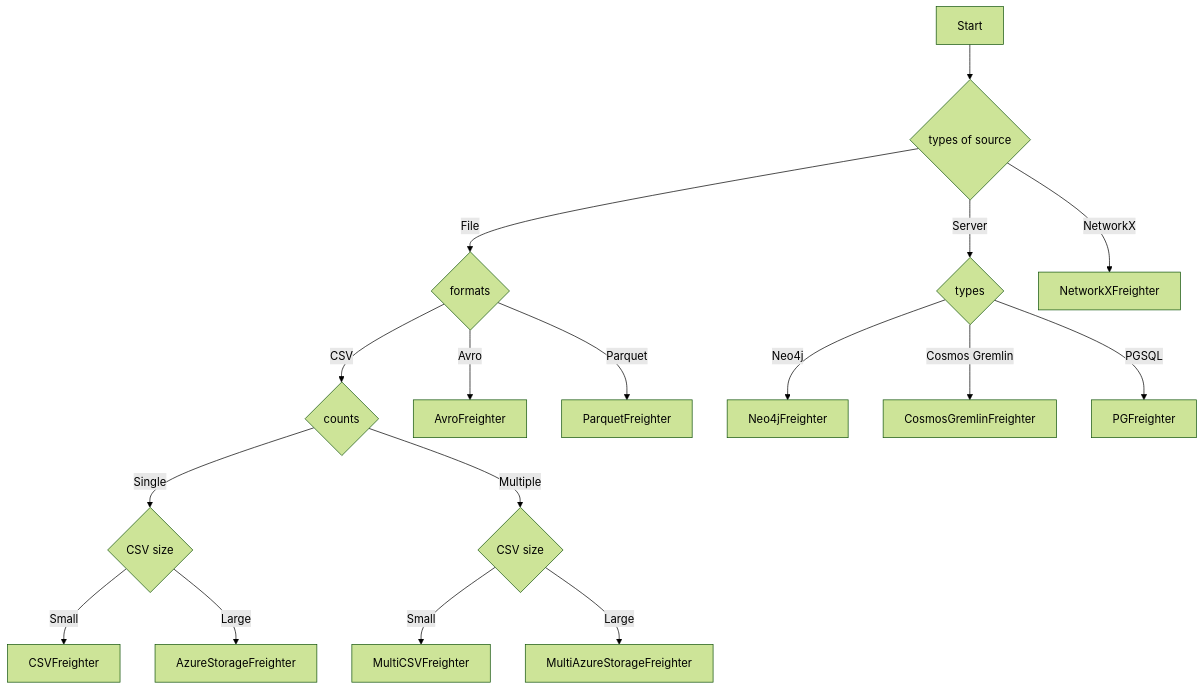
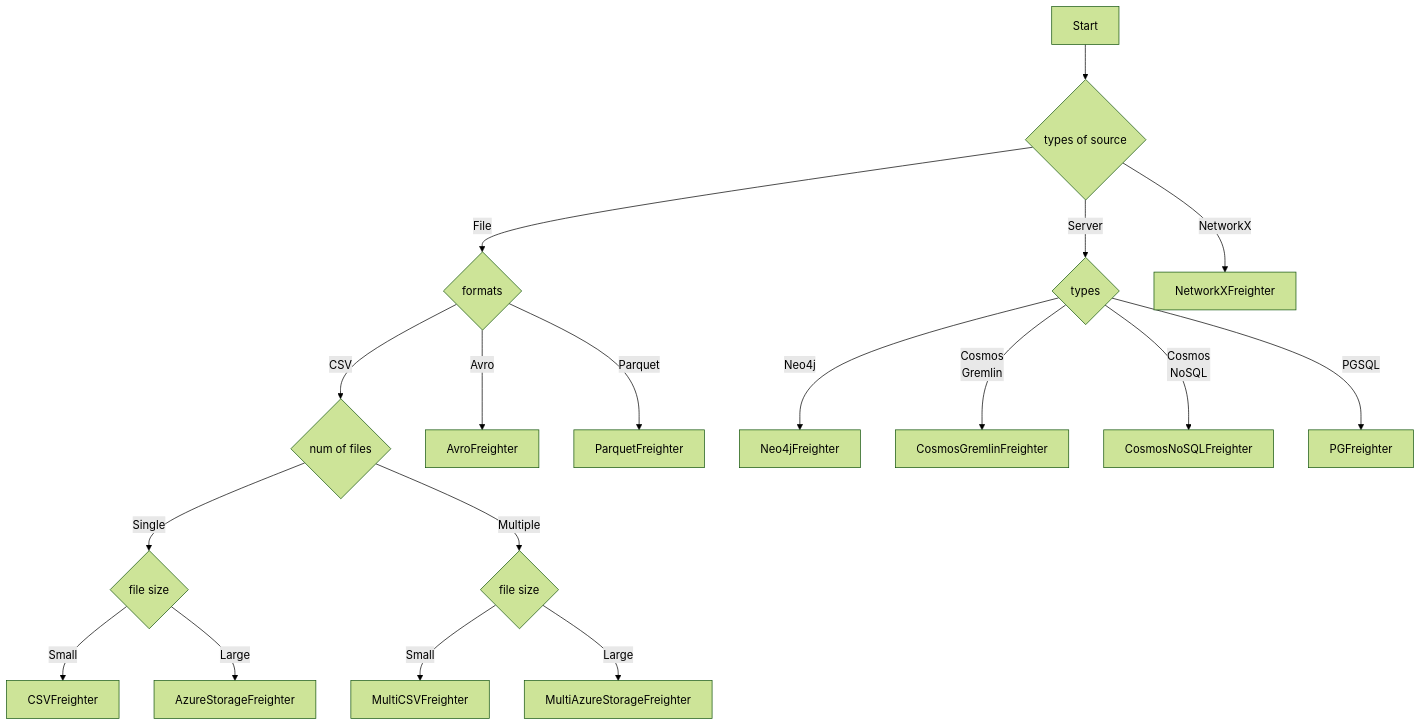
Before and after one commit to rioriost/agefreighter: the diagram in docs/Decision_tree-2025-01-27-023314.mmd, drawn with Mermaid (forest theme). The commit also changed 14 other files, not shown here.

```diff
--- a/docs/Decision_tree-2025-01-27-023314.mmd
+++ b/docs/Decision_tree-2025-01-27-023314.mmd
@@ -1,21 +1,18 @@
----
-config:
-  layout: fixed
----
 flowchart TD
     A["Start"] --> B{"types of source"}
     B -- File --> C{"formats"}
     B -- Server --> D{"types"}
     B -- NetworkX --> M["NetworkXFreighter"]
-    C -- CSV --> E{"counts"}
+    C -- CSV --> E{"num of files"}
     C -- Avro --> F["AvroFreighter"]
     C -- Parquet --> G["ParquetFreighter"]
-    E -- Single --> H{"CSV size"}
-    E -- Multiple --> I{"CSV size"}
+    E -- Single --> H{"file size"}
+    E -- Multiple --> I{"file size"}
     H -- Small --> N["CSVFreighter"]
     H -- Large --> O["AzureStorageFreighter"]
     I -- Small --> P["MultiCSVFreighter"]
     I -- Large --> Q["MultiAzureStorageFreighter"]
     D -- Neo4j --> J["Neo4jFreighter"]
-    D -- Cosmos Gremlin --> K["CosmosGremlinFreighter"]
+    D -- "Cosmos<br>Gremlin" --> K["CosmosGremlinFreighter"]
+    D -- "Cosmos<br>NoSQL" --> R["CosmosNoSQLFreighter"]
     D -- PGSQL --> L["PGFreighter"]
```
